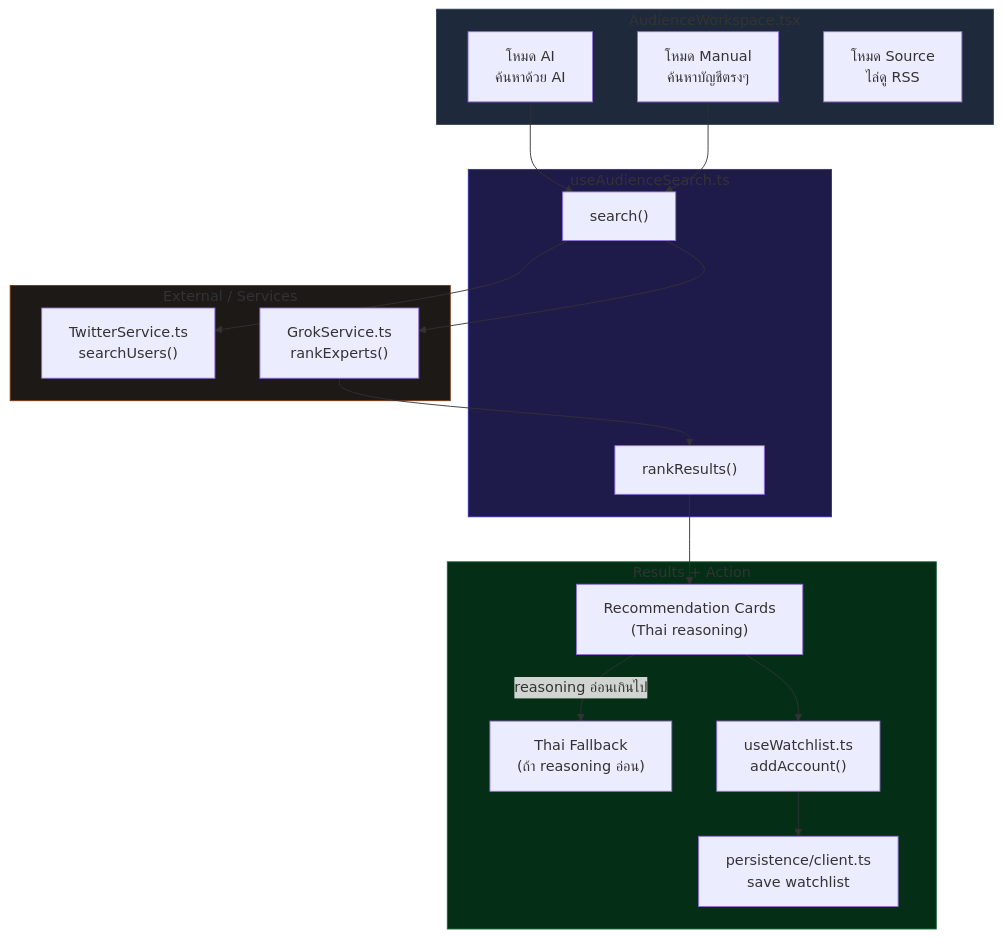
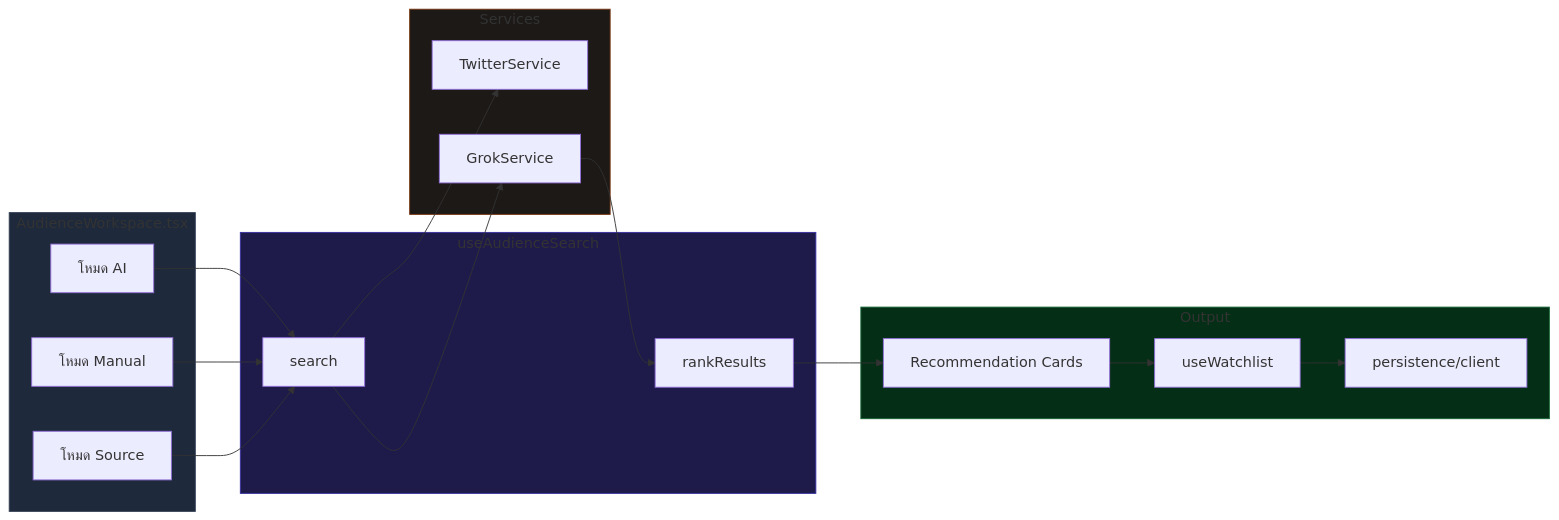
The diagram in docs/features/audience-workspace.md (thefogusz/test), drawn with Mermaid before and after one commit. The commit also changed 10 other files, not shown here.

First line of the commit message:
Translate all English docs to Thai + fix diagram readability

````diff
--- a/docs/features/audience-workspace.md
+++ b/docs/features/audience-workspace.md
@@ -15,40 +15,34 @@
 ```mermaid
-flowchart TD
-    subgraph Entry["AudienceWorkspace.tsx"]
-        MODE_AI["โหมด AI\nค้นหาด้วย AI"]
-        MODE_MANUAL["โหมด Manual\nค้นหาบัญชีตรงๆ"]
-        MODE_RSS["โหมด Source\nไล่ดู RSS"]
+flowchart LR
+    subgraph WS["AudienceWorkspace.tsx"]
+        AI[โหมด AI]
+        MANUAL[โหมด Manual]
+        RSS_M[โหมด Source]
     end
 
-    subgraph Hook["useAudienceSearch.ts"]
-        SEARCH["search()"]
-        RANK["rankResults()"]
+    subgraph Hook["useAudienceSearch"]
+        SEARCH[search]
+        RANK[rankResults]
     end
 
-    subgraph APIs["External / Services"]
-        XSEARCH["TwitterService.ts\nsearchUsers()"]
-        GROK["GrokService.ts\nrankExperts()"]
+    subgraph Svcs["Services"]
+        XSEARCH[TwitterService]
+        GROK[GrokService]
     end
 
-    subgraph Results["Results + Action"]
-        CARDS["Recommendation Cards\n(Thai reasoning)"]
-        FALLBACK["Thai Fallback\n(ถ้า reasoning อ่อน)"]
-        WATCHLIST["useWatchlist.ts\naddAccount()"]
-        PERSIST["persistence/client.ts\nsave watchlist"]
+    subgraph Out["Output"]
+        CARDS[Recommendation Cards]
+        WATCHLIST[useWatchlist]
+        PERSIST[persistence/client]
     end
 
-    MODE_AI --> SEARCH
-    MODE_MANUAL --> SEARCH
-    SEARCH --> XSEARCH
-    SEARCH --> GROK
-    GROK --> RANK
-    RANK --> CARDS
-    CARDS -- "reasoning อ่อนเกินไป" --> FALLBACK
-    CARDS --> WATCHLIST
-    WATCHLIST --> PERSIST
+    AI & MANUAL & RSS_M --> SEARCH
+    SEARCH --> XSEARCH & GROK
+    GROK --> RANK --> CARDS
+    CARDS --> WATCHLIST --> PERSIST
 
-    style Entry fill:#1e293b,stroke:#334155
+    style WS fill:#1e293b,stroke:#334155
     style Hook fill:#1e1b4b,stroke:#3730a3
-    style APIs fill:#1c1917,stroke:#78350f
-    style Results fill:#052e16,stroke:#166534
+    style Svcs fill:#1c1917,stroke:#78350f
+    style Out fill:#052e16,stroke:#166534
 ```
````
